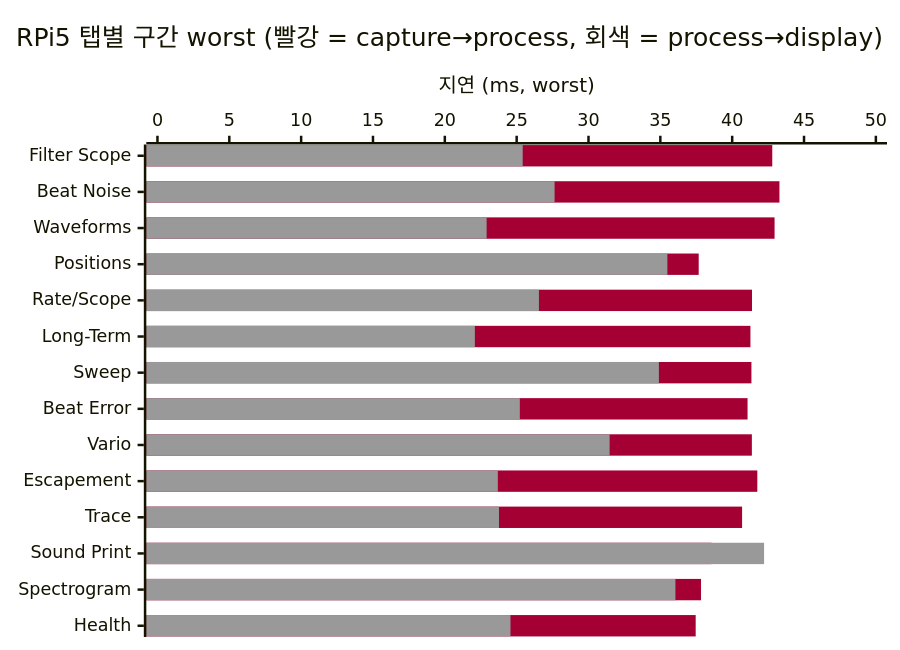
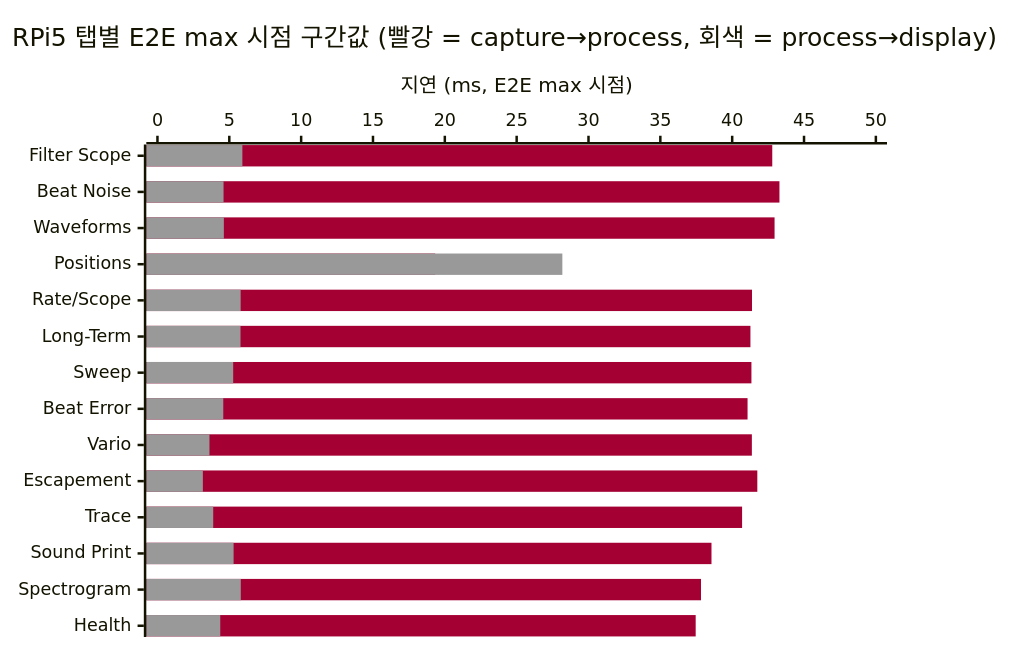
Before and after one commit to lgcmu2026-team5/TimeGrapher-Docs: the fourth of 6 diagrams in Milestone/ko/4-Planned-Experiments.md, drawn with Mermaid. The commit also changed other lines of this file and 1 other file, not shown here.

Commit message:
docs: align segments with E2E worst rows

````diff
--- a/Milestone/ko/4-Planned-Experiments.md
+++ b/Milestone/ko/4-Planned-Experiments.md
@@ -194,9 +194,9 @@
 ```mermaid
 %%{init: {"themeVariables": {"xyChart": {"plotColorPalette": "#A50034, #999999"}}}}%%
 xychart-beta horizontal
-    title "RPi5 탭별 구간 worst (빨강 = capture→process, 회색 = process→display)"
+    title "RPi5 탭별 E2E max 시점 구간값 (빨강 = capture→process, 회색 = process→display)"
     x-axis ["Filter Scope", "Beat Noise", "Waveforms", "Positions", "Rate/Scope", "Long-Term", "Sweep", "Beat Error", "Vario", "Escapement", "Trace", "Sound Print", "Spectrogram", "Health"]
-    y-axis "지연 (ms, worst)" 0 --> 50
-    bar [42.79, 43.29, 42.95, 37.67, 41.38, 41.27, 41.34, 41.07, 41.37, 41.75, 40.69, 38.56, 37.83, 37.46]
-    bar [25.42, 27.64, 22.91, 35.49, 26.55, 22.09, 34.90, 25.22, 31.47, 23.69, 23.77, 42.22, 36.05, 24.57]
+    y-axis "지연 (ms, E2E max 시점)" 0 --> 50
+    bar [42.79, 43.29, 42.95, 19.33, 41.38, 41.27, 41.34, 41.07, 41.37, 41.75, 40.69, 38.56, 37.83, 37.46]
+    bar [5.91, 4.60, 4.62, 28.18, 5.79, 5.78, 5.27, 4.58, 3.62, 3.16, 3.88, 5.30, 5.80, 4.37]
 ```
````
